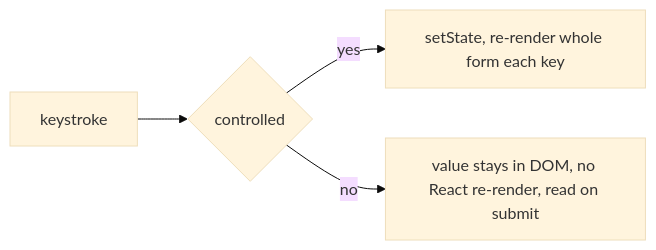
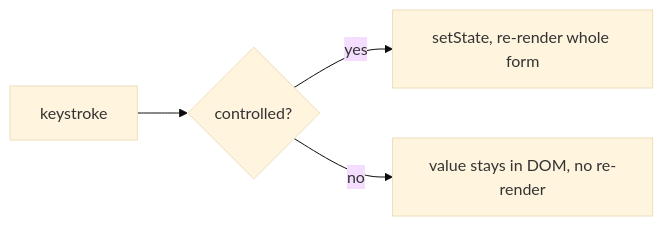
Before and after one commit to ashishxcode/frontend-internals: the diagram in packages/content/content/18-forms-validation.mdx, drawn with Mermaid (base theme). The commit also changed other lines of this file and 34 other files, not shown here.

````diff
--- a/packages/content/content/18-forms-validation.mdx
+++ b/packages/content/content/18-forms-validation.mdx
@@ -30,6 +22,6 @@
 ```mermaid
 flowchart LR
-  key[keystroke] --> ctrl{controlled}
-  ctrl -->|yes| st[setState, re-render whole form each key]
-  ctrl -->|no| dom[value stays in DOM, no React re-render, read on submit]
+  key[keystroke] --> ctrl{controlled?}
+  ctrl -->|yes| st[setState, re-render whole form]
+  ctrl -->|no| dom[value stays in DOM, no re-render]
 ```
````
